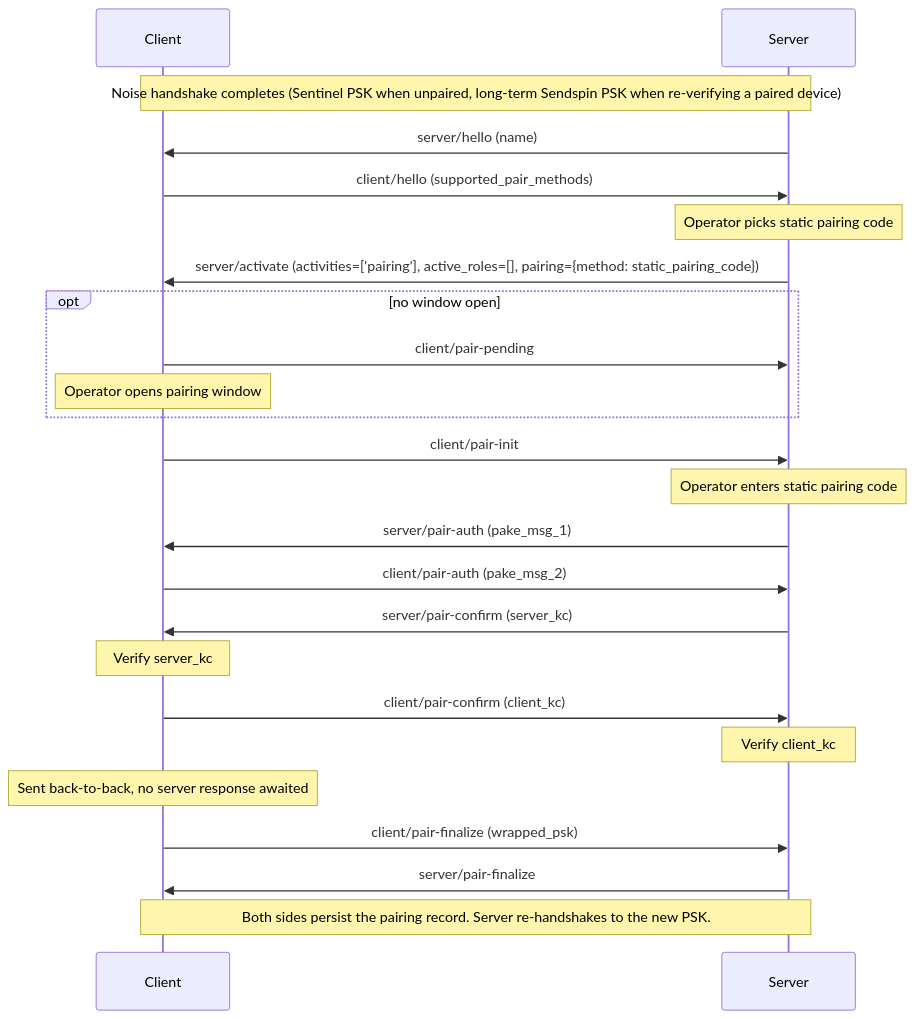
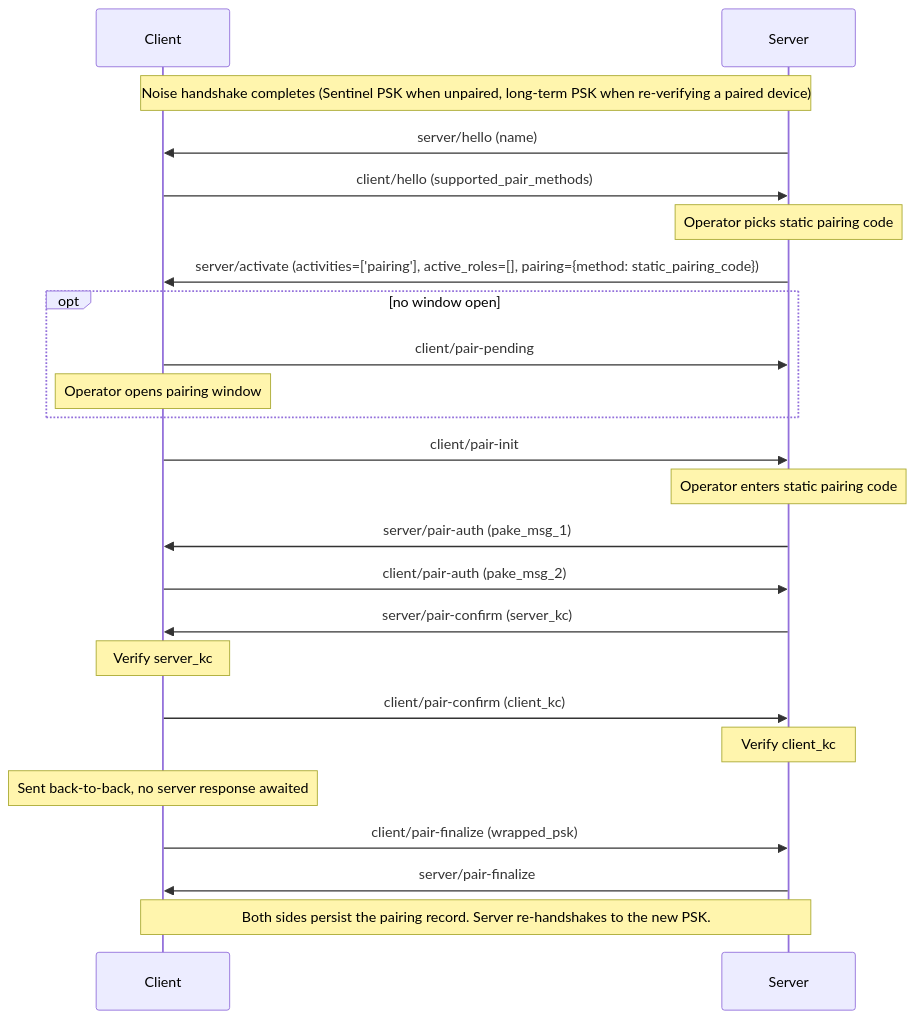
Before and after one commit to Resonate-Protocol/spec: the fourth of 4 diagrams in README.md, drawn with Mermaid. The commit also changed other lines of this file and 5 other files, not shown here.

````diff
--- a/README.md
+++ b/README.md
@@ -903,28 +903,28 @@
 ```mermaid
 sequenceDiagram
     participant Client
     participant Server
 
-    Note over Client,Server: Noise handshake completes (Sentinel PSK when unpaired, long-term Sendspin PSK when re-verifying a paired device)
+    Note over Client,Server: Noise handshake completes (Sentinel PSK when unpaired, long-term PSK when re-verifying a paired device)
 
     Server->>Client: server/hello (name)
     Client->>Server: client/hello (supported_pair_methods)
     Note over Server: Operator picks static pairing code
     Server->>Client: server/activate (activities=['pairing'], active_roles=[], pairing={method: static_pairing_code})
     opt no window open
         Client->>Server: client/pair-pending
         Note over Client: Operator opens pairing window
     end
     Client->>Server: client/pair-init
     Note over Server: Operator enters static pairing code
     Server->>Client: server/pair-auth (pake_msg_1)
     Client->>Server: client/pair-auth (pake_msg_2)
     Server->>Client: server/pair-confirm (server_kc)
     Note over Client: Verify server_kc
     Client->>Server: client/pair-confirm (client_kc)
     Note over Server: Verify client_kc
     Note over Client: Sent back-to-back, no server response awaited
     Client->>Server: client/pair-finalize (wrapped_psk)
     Server->>Client: server/pair-finalize
     Note over Client,Server: Both sides persist the pairing record. Server re-handshakes to the new PSK.
 ```
````
